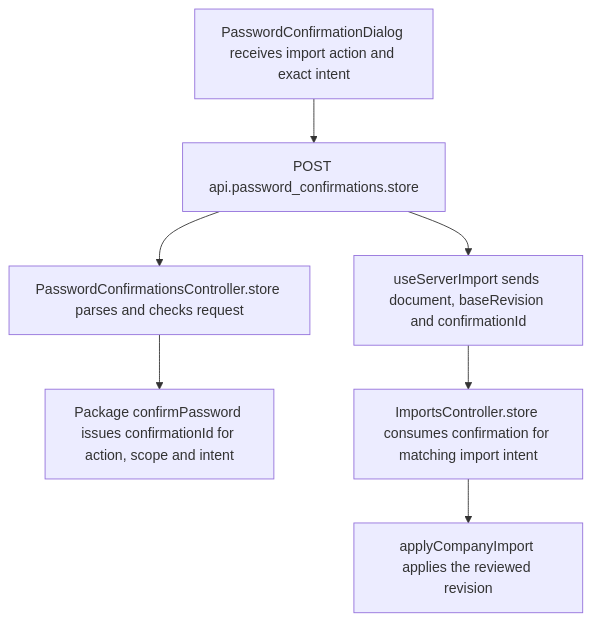
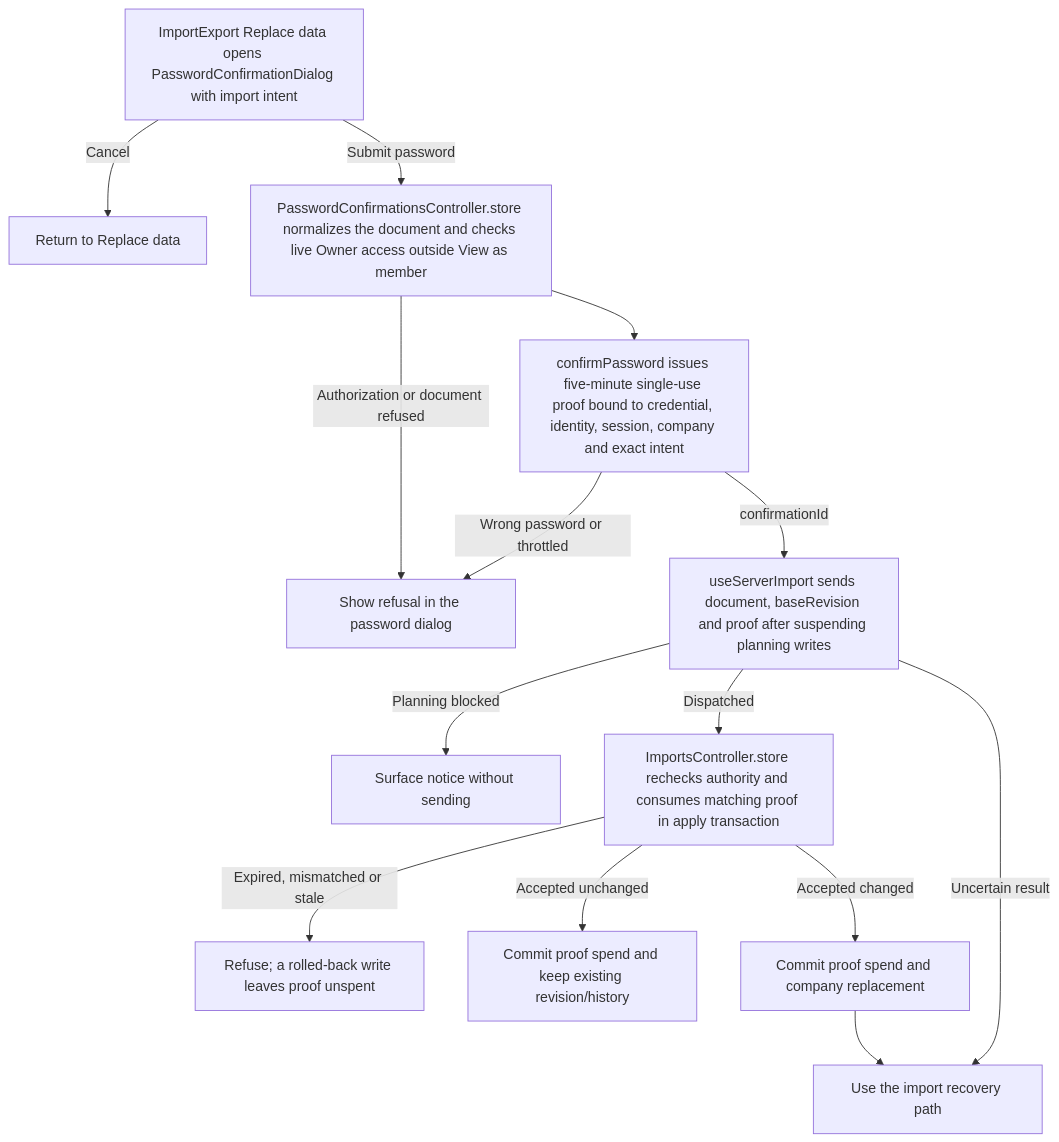
Before and after one commit to Kevinjohn/capacitylens: the second of 2 diagrams in user-stories/data/US-DAT-08-preview-exact-import.md, drawn with Mermaid. The commit also changed other lines of this file and 172 other files, not shown here.

Commit message:
docs: reconcile user story code flows with source

````diff
--- a/user-stories/data/US-DAT-08-preview-exact-import.md
+++ b/user-stories/data/US-DAT-08-preview-exact-import.md
@@ -26,9 +26,16 @@
 ```mermaid
 flowchart TD
-  dialog["PasswordConfirmationDialog receives import action and exact intent"] --> issue["POST api.password_confirmations.store"]
-  issue --> controller["PasswordConfirmationsController.store parses and checks request"]
-  controller --> kit["Package confirmPassword issues confirmationId for action, scope and intent"]
-  issue --> apply["useServerImport sends document, baseRevision and confirmationId"]
-  apply --> transfer["ImportsController.store consumes confirmation for matching import intent"]
-  transfer --> service["applyCompanyImport applies the reviewed revision"]
+  review["ImportExport Replace data opens PasswordConfirmationDialog with import intent"] -->|Cancel| back["Return to Replace data"]
+  review -->|Submit password| issue["PasswordConfirmationsController.store normalizes the document and checks live Owner access outside View as member"]
+  issue --> kit["confirmPassword issues five-minute single-use proof bound to credential, identity, session, company and exact intent"]
+  kit -->|Wrong password or throttled| refusal["Show refusal in the password dialog"]
+  issue -->|Authorization or document refused| refusal
+  kit -->|confirmationId| send["useServerImport sends document, baseRevision and proof after suspending planning writes"]
+  send -->|Planning blocked| blocked["Surface notice without sending"]
+  send -->|Dispatched| tx["ImportsController.store rechecks authority and consumes matching proof in apply transaction"]
+  tx -->|Expired, mismatched or stale| reject["Refuse; a rolled-back write leaves proof unspent"]
+  tx -->|Accepted unchanged| same["Commit proof spend and keep existing revision/history"]
+  tx -->|Accepted changed| changed["Commit proof spend and company replacement"]
+  send -->|Uncertain result| boundary["Use the import recovery path"]
+  changed --> boundary
 ```
````
